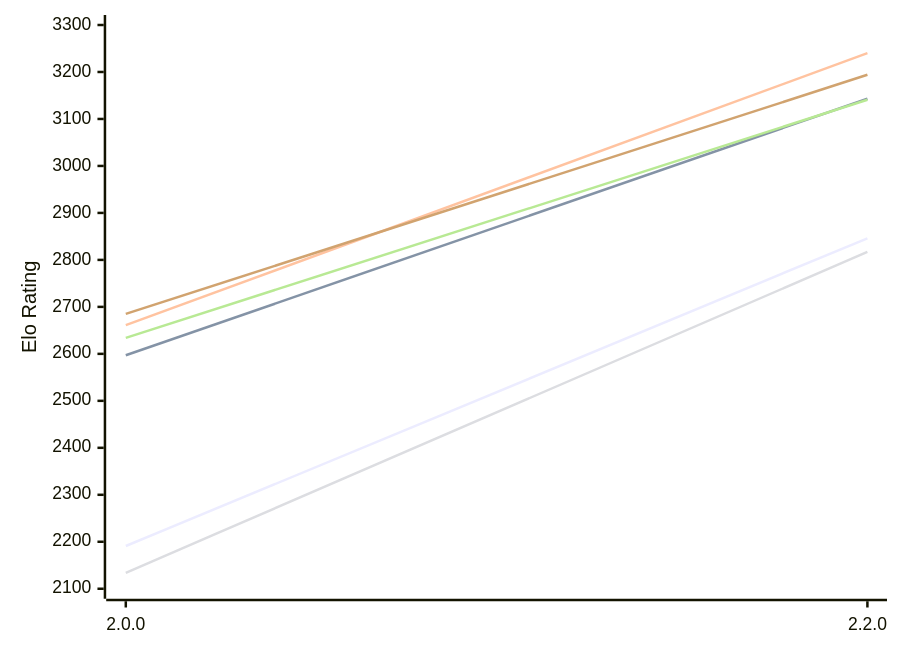
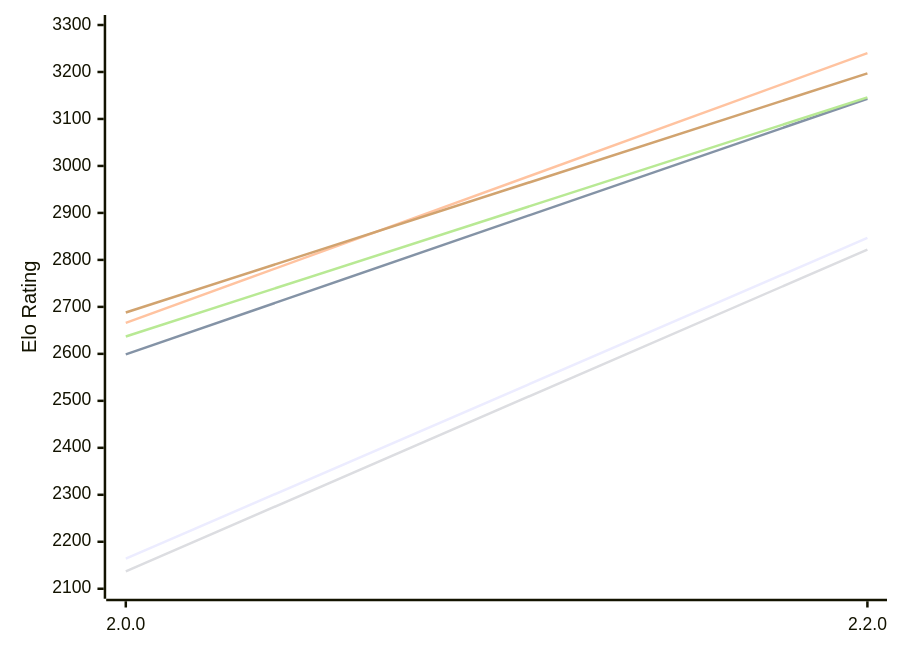
One commit to computer-chess-index/cci changed the first of 2 diagrams in engines/SoloEngine.md. Above: the diagram before and after it, drawn with Mermaid. The commit also changed other lines of this file, not shown here.

Commit message:
Update CCI Ratings (ELO VLTC) - 2026-11-24

````diff
--- a/engines/SoloEngine.md
+++ b/engines/SoloEngine.md
@@ -55,12 +55,12 @@
 ```mermaid
 %%{init: {"theme":"base","themeVariables":{"seriesColors:['#a3a3a3','#222221','#faa371']}}}%%
 xychart-beta
   x-axis ["2.0.0", "2.2.0"]
   y-axis "Elo Rating" 2100 --> 3300
-  line "E1: STC (8.0+0.08s)" [2191, 2846]
-  line "E1: LTC (60.0+0.60s)" [2597, 3143]
-  line "E1: VLTC (2m24s+1.12s)" [2661, 3240]
-  line "P1: STC (8.0+0.08s)" [2134, 2817]
-  line "P1: LTC (60.0+0.60s)" [2634, 3141]
-  line "P1: VLTC (2m24s+1.12s)" [2685, 3194]
+  line "E1: STC (8.0+0.08s)" [2164, 2847]
+  line "E1: LTC (60.0+0.60s)" [2599, 3143]
+  line "E1: VLTC (2m24s+1.12s)" [2666, 3240]
+  line "P1: STC (8.0+0.08s)" [2137, 2822]
+  line "P1: LTC (60.0+0.60s)" [2637, 3146]
+  line "P1: VLTC (2m24s+1.12s)" [2688, 3197]
 ```
````
